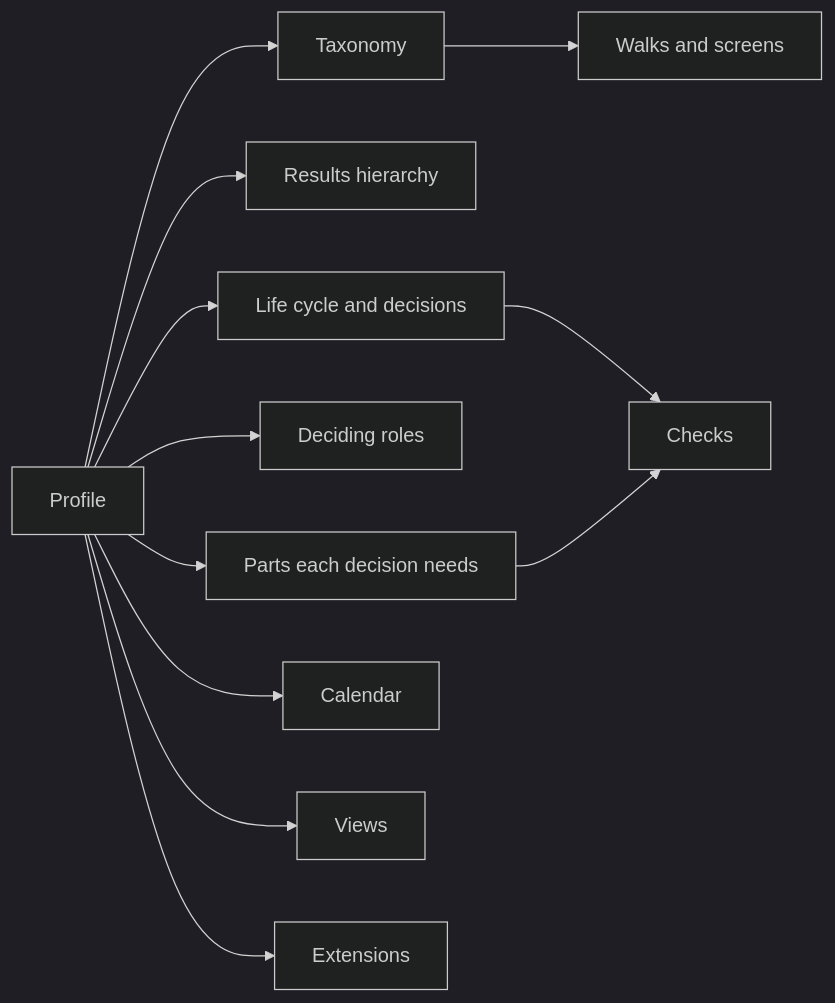
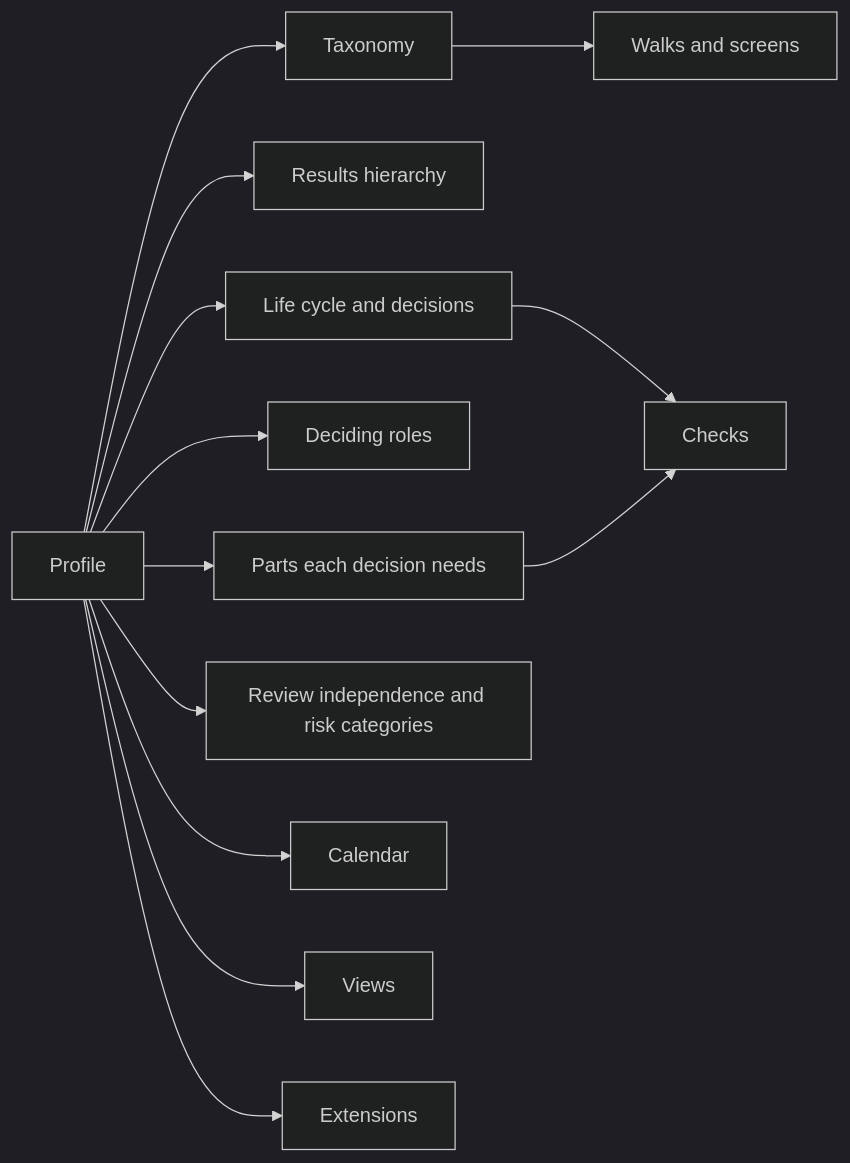
One commit to ProjectCartograph/cartograph-design changed the diagram in docs/explanation/decisions/DD-0008-profiles-hold-what-differs-between-domains.md. Above: the diagram before and after it, drawn with Mermaid (dark theme). The commit also changed other lines of this file and 14 other files, not shown here.

````diff
--- a/docs/explanation/decisions/DD-0008-profiles-hold-what-differs-between-domains.md
+++ b/docs/explanation/decisions/DD-0008-profiles-hold-what-differs-between-domains.md
@@ -23,14 +23,15 @@
 ```mermaid
 flowchart LR
   PR["Profile"] --> W["Taxonomy"]
   PR --> H["Results hierarchy"]
   PR --> ST["Life cycle and decisions"]
   PR --> RT["Deciding roles"]
   PR --> RQ["Parts each decision needs"]
+  PR --> AS["Review independence and risk categories"]
   PR --> CA["Calendar"]
   PR --> VW["Views"]
   PR --> EX["Extensions"]
   W --> UI["Walks and screens"]
   ST --> CH["Checks"]
   RQ --> CH
 ```
````
